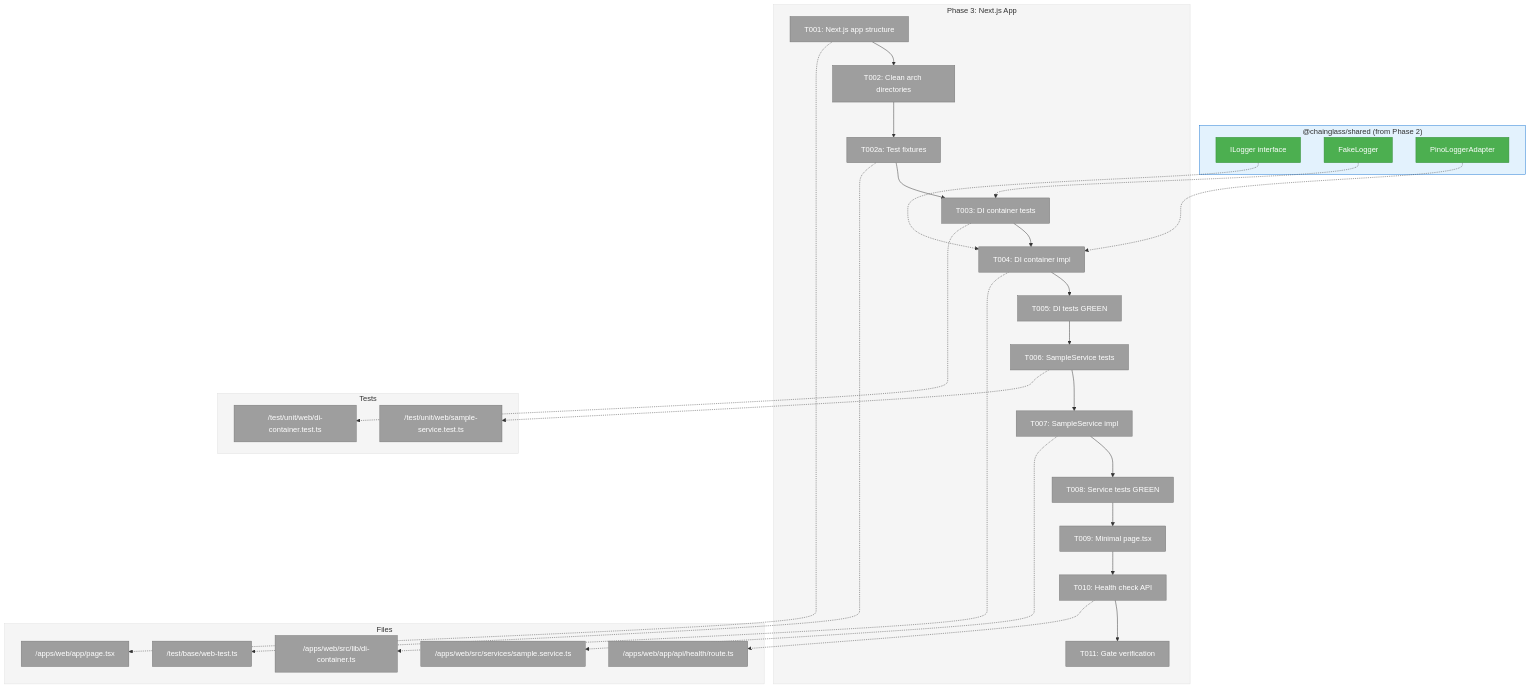
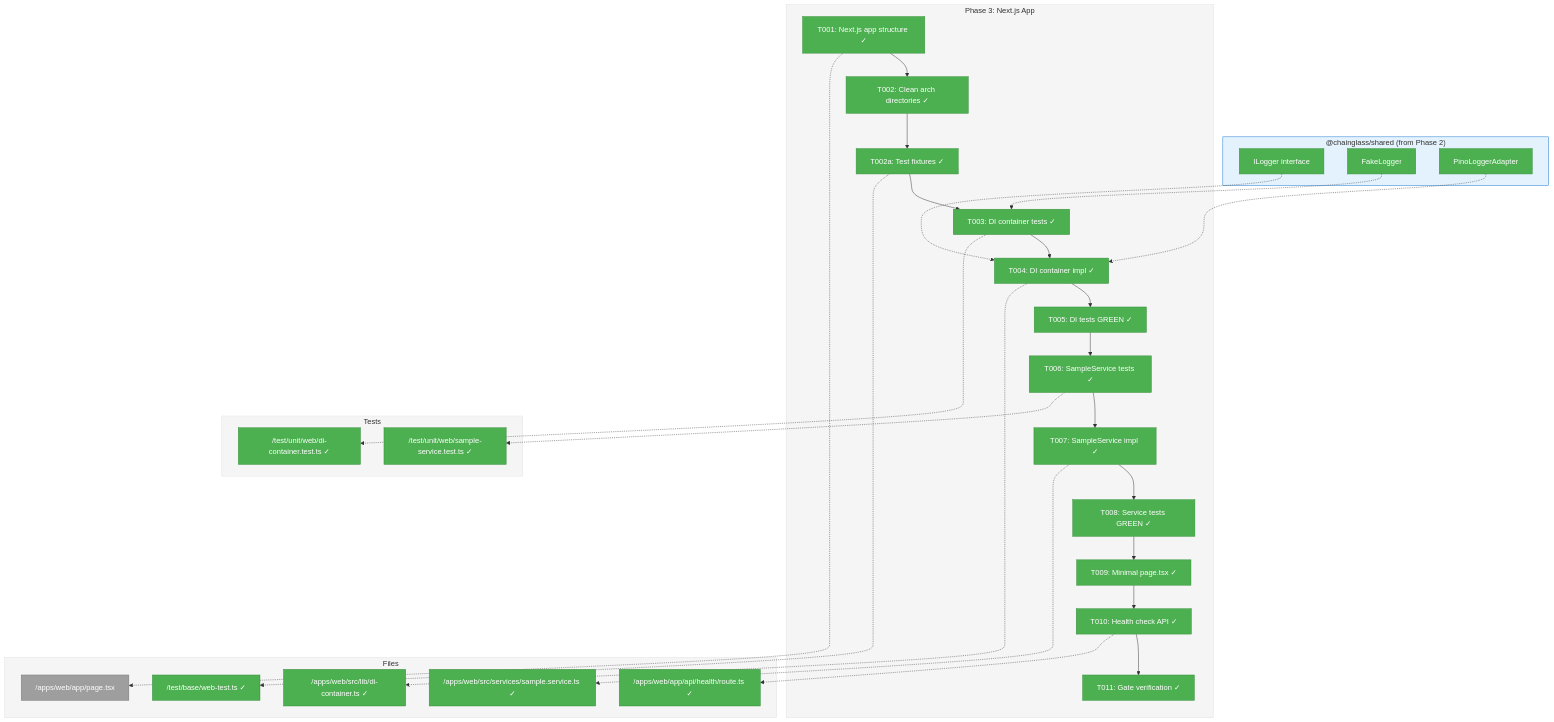
Before and after one commit to AI-Substrate/chainglass: the first of 3 diagrams in docs/plans/001-project-setup/tasks/phase-3-nextjs-app-clean-architecture/tasks.md, drawn with Mermaid. The commit also changed other lines of this file and 14 other files, not shown here.

First line of the commit message:
feat: Implement health check API and DI container with clean architecture

````diff
--- a/docs/plans/001-project-setup/tasks/phase-3-nextjs-app-clean-architecture/tasks.md
+++ b/docs/plans/001-project-setup/tasks/phase-3-nextjs-app-clean-architecture/tasks.md
@@ -99,74 +99,74 @@
 ```mermaid
 flowchart TD
     classDef pending fill:#9E9E9E,stroke:#757575,color:#fff
     classDef inprogress fill:#FF9800,stroke:#F57C00,color:#fff
     classDef completed fill:#4CAF50,stroke:#388E3C,color:#fff
     classDef blocked fill:#F44336,stroke:#D32F2F,color:#fff
 
     style Phase fill:#F5F5F5,stroke:#E0E0E0
     style Files fill:#F5F5F5,stroke:#E0E0E0
     style Tests fill:#F5F5F5,stroke:#E0E0E0
     style Shared fill:#E3F2FD,stroke:#1976D2
 
     subgraph Shared["@chainglass/shared (from Phase 2)"]
         ILogger["ILogger interface"]:::completed
         FakeLogger["FakeLogger"]:::completed
         PinoLogger["PinoLoggerAdapter"]:::completed
     end
 
     subgraph Phase["Phase 3: Next.js App"]
-        T001["T001: Next.js app structure"]:::pending
-        T002["T002: Clean arch directories"]:::pending
-        T002a["T002a: Test fixtures"]:::pending
-        T003["T003: DI container tests"]:::pending
-        T004["T004: DI container impl"]:::pending
-        T005["T005: DI tests GREEN"]:::pending
-        T006["T006: SampleService tests"]:::pending
-        T007["T007: SampleService impl"]:::pending
-        T008["T008: Service tests GREEN"]:::pending
-        T009["T009: Minimal page.tsx"]:::pending
-        T010["T010: Health check API"]:::pending
-        T011["T011: Gate verification"]:::pending
+        T001["T001: Next.js app structure ✓"]:::completed
+        T002["T002: Clean arch directories ✓"]:::completed
+        T002a["T002a: Test fixtures ✓"]:::completed
+        T003["T003: DI container tests ✓"]:::completed
+        T004["T004: DI container impl ✓"]:::completed
+        T005["T005: DI tests GREEN ✓"]:::completed
+        T006["T006: SampleService tests ✓"]:::completed
+        T007["T007: SampleService impl ✓"]:::completed
+        T008["T008: Service tests GREEN ✓"]:::completed
+        T009["T009: Minimal page.tsx ✓"]:::completed
+        T010["T010: Health check API ✓"]:::completed
+        T011["T011: Gate verification ✓"]:::completed
 
         T001 --> T002
         T002 --> T002a
         T002a --> T003
         T003 --> T004
         T004 --> T005
         T005 --> T006
         T006 --> T007
         T007 --> T008
         T008 --> T009
         T009 --> T010
         T010 --> T011
     end
 
     subgraph Files["Files"]
-        F1["/apps/web/src/lib/di-container.ts"]:::pending
-        F2["/apps/web/src/services/sample.service.ts"]:::pending
+        F1["/apps/web/src/lib/di-container.ts ✓"]:::completed
+        F2["/apps/web/src/services/sample.service.ts ✓"]:::completed
         F3["/apps/web/app/page.tsx"]:::pending
-        F4["/apps/web/app/api/health/route.ts"]:::pending
-        F5["/test/base/web-test.ts"]:::pending
+        F4["/apps/web/app/api/health/route.ts ✓"]:::completed
+        F5["/test/base/web-test.ts ✓"]:::completed
     end
 
     subgraph Tests["Tests"]
-        T_DI["/test/unit/web/di-container.test.ts"]:::pending
-        T_Svc["/test/unit/web/sample-service.test.ts"]:::pending
+        T_DI["/test/unit/web/di-container.test.ts ✓"]:::completed
+        T_Svc["/test/unit/web/sample-service.test.ts ✓"]:::completed
     end
 
     %% Dependencies from shared
     ILogger -.-> T004
     FakeLogger -.-> T003
     PinoLogger -.-> T004
 
     %% Task to file mappings
     T001 -.-> F3
     T002a -.-> F5
     T004 -.-> F1
     T007 -.-> F2
     T010 -.-> F4
 
     %% Task to test mappings
     T003 -.-> T_DI
     T006 -.-> T_Svc
 ```
````
